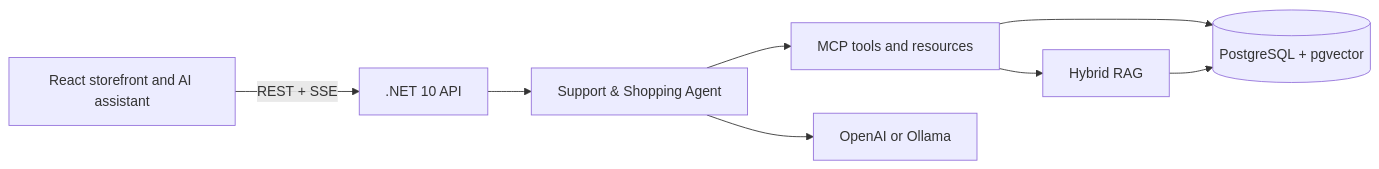
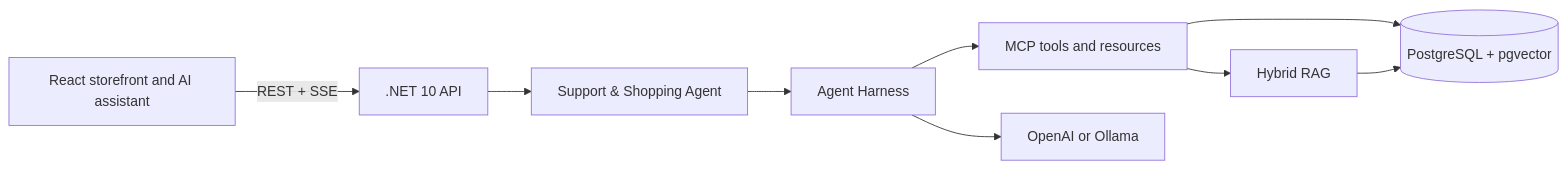
The diagram in README.md (rahulsahay19/production-agentic-ai-dotnet-react), drawn with Mermaid before and after one commit. The commit also changed other lines of this file and 19 other files, not shown here.

````diff
--- a/README.md
+++ b/README.md
@@ -63,18 +65,20 @@
 ```mermaid
 flowchart LR
     UI[React storefront and AI assistant]
     API[.NET 10 API]
     AGENT[Support & Shopping Agent]
+    HARNESS[Agent Harness]
     MCP[MCP tools and resources]
     RAG[Hybrid RAG]
     DB[(PostgreSQL + pgvector)]
     LLM[OpenAI or Ollama]
 
     UI -->|REST + SSE| API
     API --> AGENT
-    AGENT --> LLM
-    AGENT --> MCP
+    AGENT --> HARNESS
+    HARNESS --> LLM
+    HARNESS --> MCP
     MCP --> RAG
     MCP --> DB
     RAG --> DB
 ```
````
